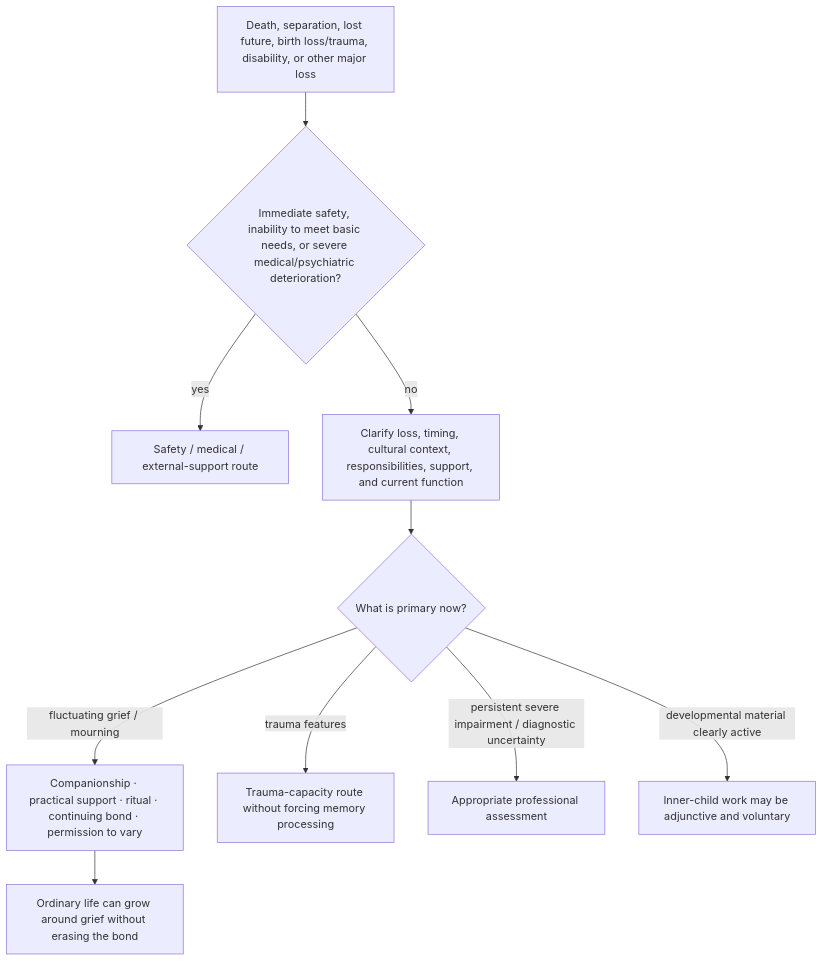
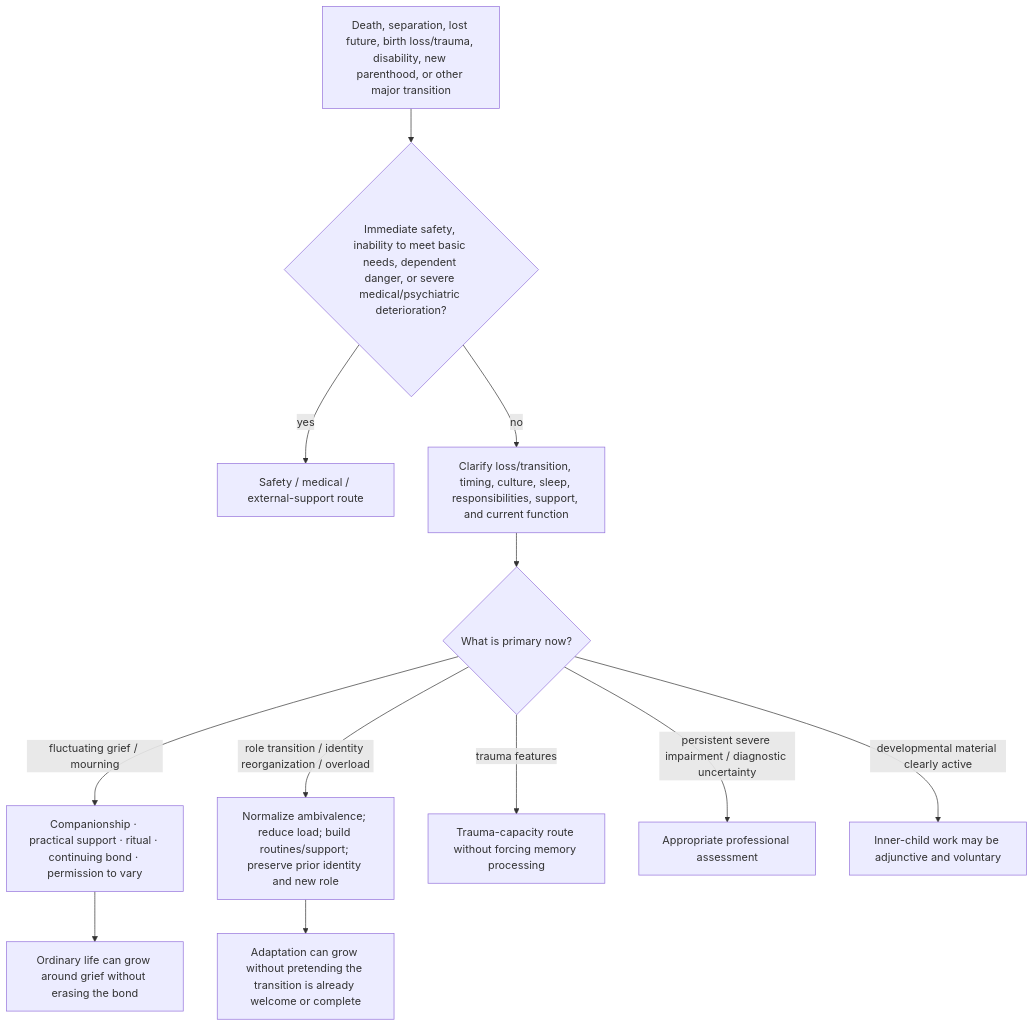
One commit to u-dont-existDOTcom/creativeTailSampling changed the diagram in analysis/inner_child_protocol/maps/13-GRIEF-LOSS-AND-NONPATHOLOGICAL-PAIN.md. Above: the diagram before and after it, drawn with Mermaid. The commit also changed other lines of this file, not shown here.

Commit message:
Add major life-transition routing without pathologizing ambivalence

````diff
--- a/analysis/inner_child_protocol/maps/13-GRIEF-LOSS-AND-NONPATHOLOGICAL-PAIN.md
+++ b/analysis/inner_child_protocol/maps/13-GRIEF-LOSS-AND-NONPATHOLOGICAL-PAIN.md
@@ -5,12 +5,14 @@
 ```mermaid
 flowchart TD
-    A["Death, separation, lost future, birth loss/trauma, disability, or other major loss"] --> B{"Immediate safety, inability to meet basic needs, or severe medical/psychiatric deterioration?"}
+    A["Death, separation, lost future, birth loss/trauma, disability, new parenthood, or other major transition"] --> B{"Immediate safety, inability to meet basic needs, dependent danger, or severe medical/psychiatric deterioration?"}
     B -- "yes" --> C["Safety / medical / external-support route"]
-    B -- "no" --> D["Clarify loss, timing, cultural context, responsibilities, support, and current function"]
+    B -- "no" --> D["Clarify loss/transition, timing, culture, sleep, responsibilities, support, and current function"]
     D --> E{"What is primary now?"}
     E -- "fluctuating grief / mourning" --> F["Companionship · practical support · ritual · continuing bond · permission to vary"]
+    E -- "role transition / identity reorganization / overload" --> F2["Normalize ambivalence; reduce load; build routines/support; preserve prior identity and new role"]
     E -- "trauma features" --> G["Trauma-capacity route without forcing memory processing"]
     E -- "persistent severe impairment / diagnostic uncertainty" --> H["Appropriate professional assessment"]
     E -- "developmental material clearly active" --> I["Inner-child work may be adjunctive and voluntary"]
     F --> J["Ordinary life can grow around grief without erasing the bond"]
+    F2 --> J2["Adaptation can grow without pretending the transition is already welcome or complete"]
 ```
````
